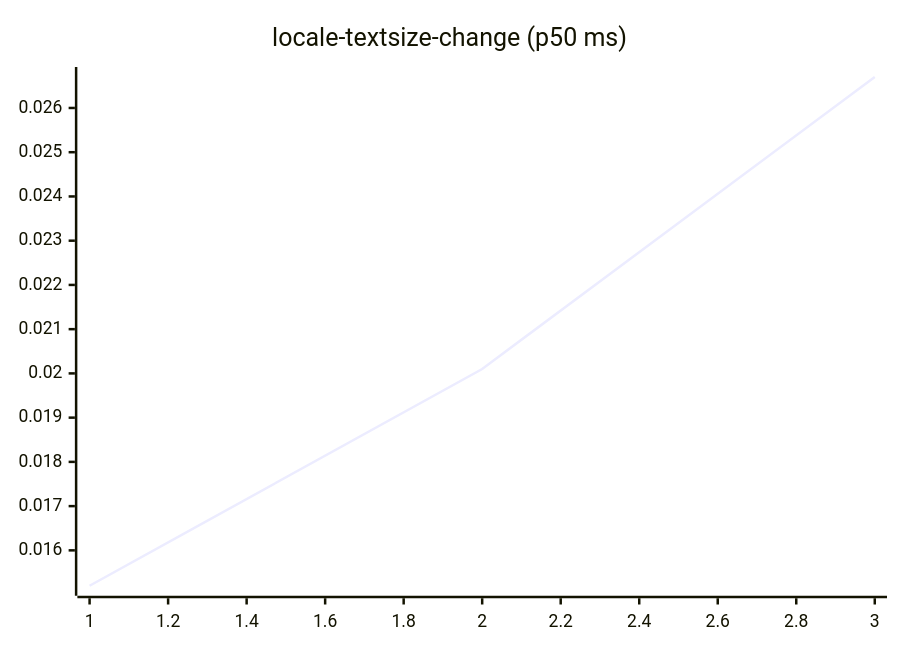
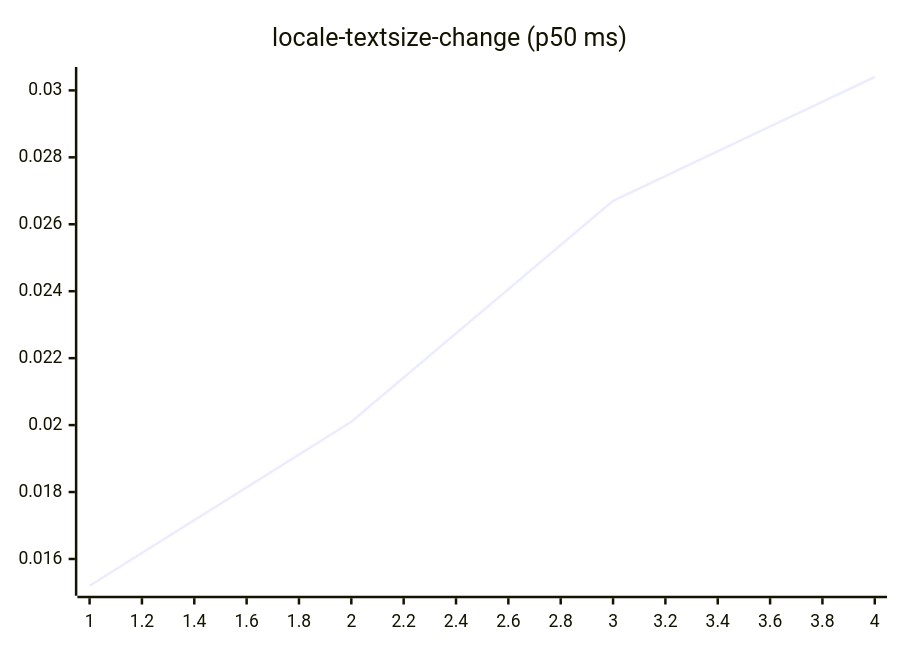
Before and after one commit to josha/Facet: diagram 13 of 27 in README.md, drawn with Mermaid. The commit also changed other lines of this file and 2 other files, not shown here.

````diff
--- a/README.md
+++ b/README.md
@@ -147,6 +147,6 @@
 ```mermaid
 xychart-beta
     title "locale-textsize-change (p50 ms)"
-    x-axis 1 --> 3
-    line [0.0152, 0.0201, 0.0267]
+    x-axis 1 --> 4
+    line [0.0152, 0.0201, 0.0267, 0.0304]
 ```
````
